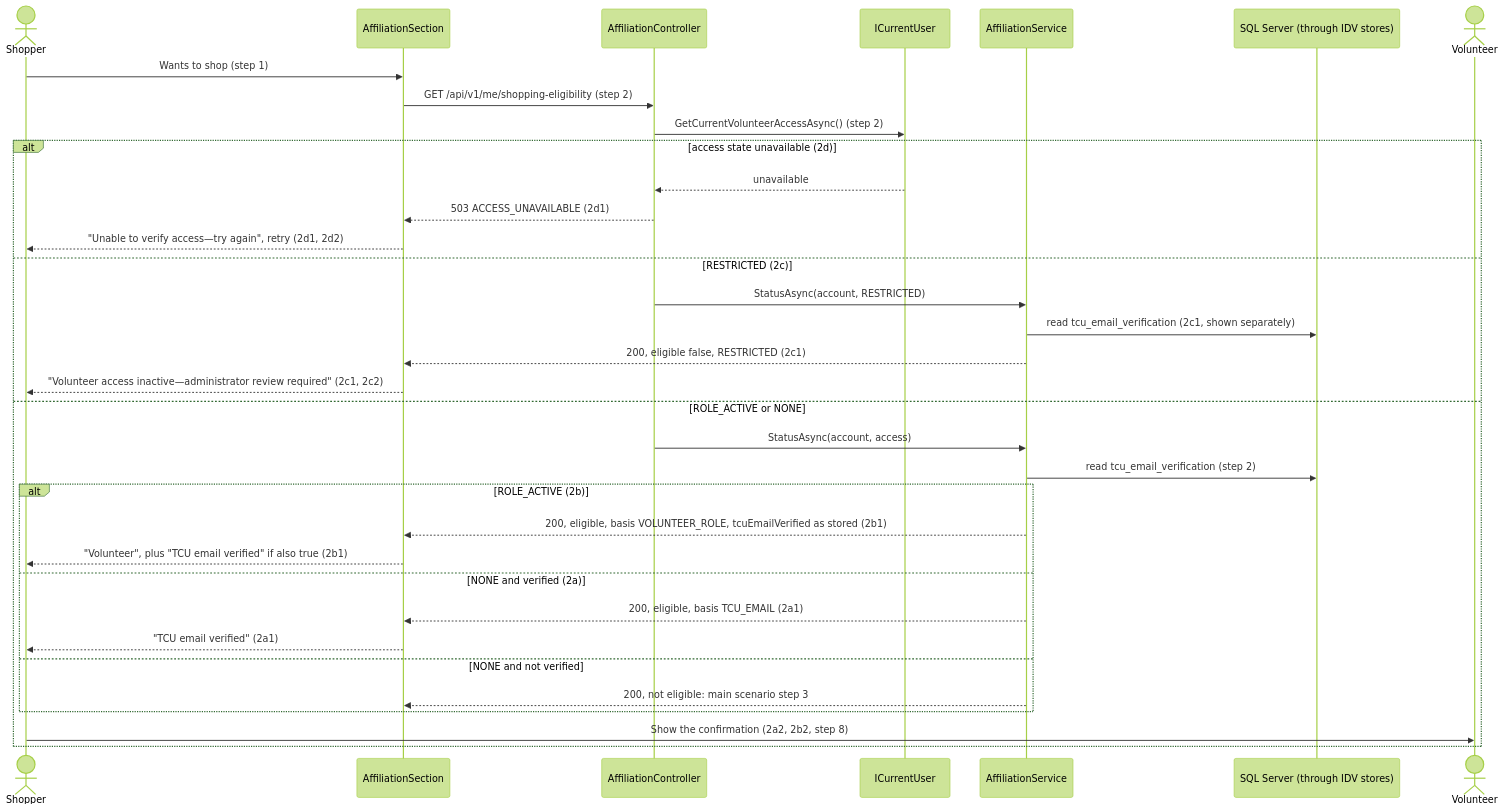
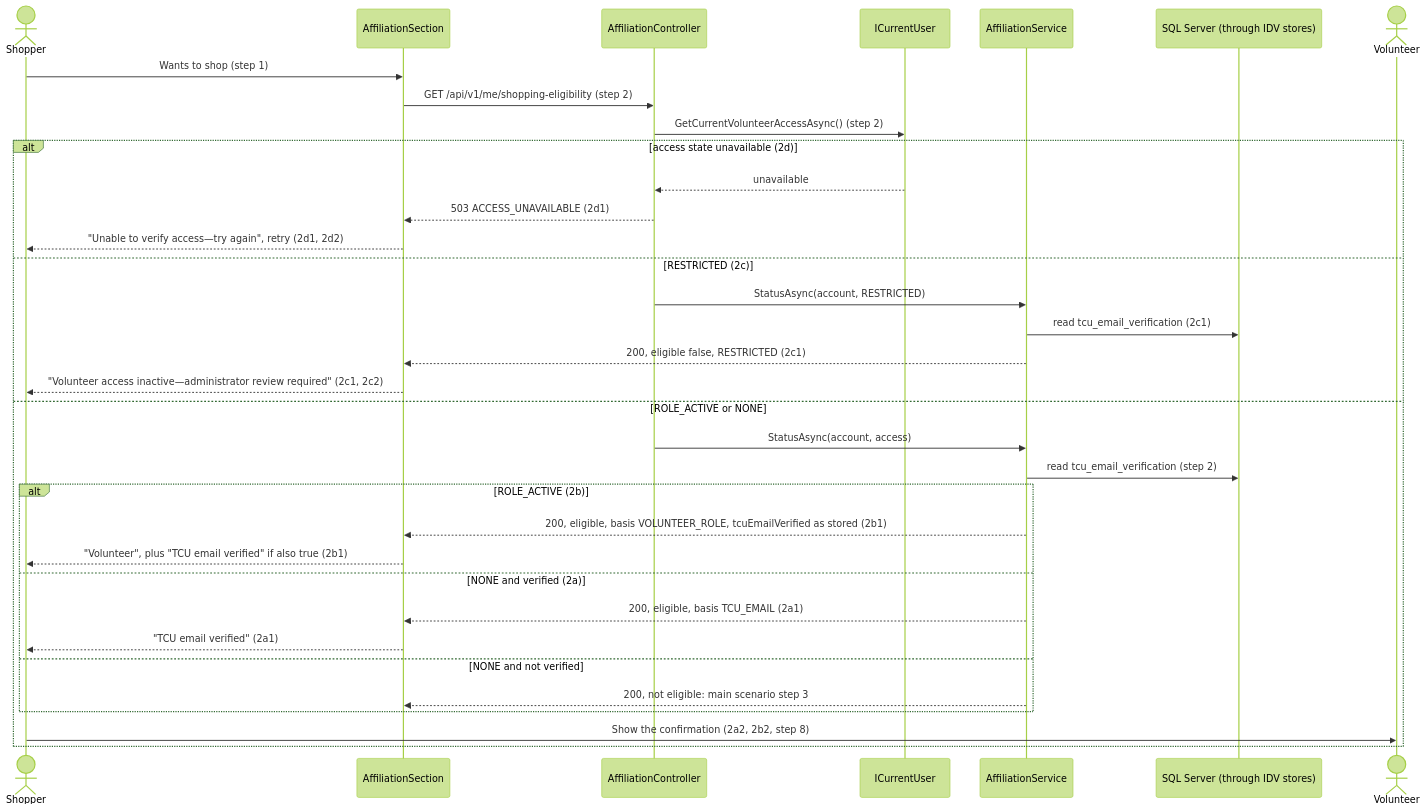
The third of 4 diagrams in docs/design/IDV.md (evelyntrann/cosc-40943-team-3-refrog), drawn with Mermaid (forest theme) before and after one commit. The commit also changed other lines of this file, not shown here.

First line of the commit message:
docs: settle IDV questions-test guesses for KD-tcu-it-stack (#60)

````diff
--- a/docs/design/IDV.md
+++ b/docs/design/IDV.md
@@ -172,36 +172,36 @@
 ```mermaid
 sequenceDiagram
     actor S as Shopper
     participant UI as AffiliationSection
     participant C as AffiliationController
     participant CU as ICurrentUser
     participant SV as AffiliationService
     participant DB as SQL Server (through IDV stores)
     actor V as Volunteer
     S->>UI: Wants to shop (step 1)
     UI->>C: GET /api/v1/me/shopping-eligibility (step 2)
     C->>CU: GetCurrentVolunteerAccessAsync() (step 2)
     alt access state unavailable (2d)
         CU-->>C: unavailable
         C-->>UI: 503 ACCESS_UNAVAILABLE (2d1)
         UI-->>S: "Unable to verify access—try again", retry (2d1, 2d2)
     else RESTRICTED (2c)
         C->>SV: StatusAsync(account, RESTRICTED)
-        SV->>DB: read tcu_email_verification (2c1, shown separately)
+        SV->>DB: read tcu_email_verification (2c1)
         SV-->>UI: 200, eligible false, RESTRICTED (2c1)
         UI-->>S: "Volunteer access inactive—administrator review required" (2c1, 2c2)
     else ROLE_ACTIVE or NONE
         C->>SV: StatusAsync(account, access)
         SV->>DB: read tcu_email_verification (step 2)
         alt ROLE_ACTIVE (2b)
             SV-->>UI: 200, eligible, basis VOLUNTEER_ROLE, tcuEmailVerified as stored (2b1)
             UI-->>S: "Volunteer", plus "TCU email verified" if also true (2b1)
         else NONE and verified (2a)
             SV-->>UI: 200, eligible, basis TCU_EMAIL (2a1)
             UI-->>S: "TCU email verified" (2a1)
         else NONE and not verified
             SV-->>UI: 200, not eligible: main scenario step 3
         end
         S->>V: Show the confirmation (2a2, 2b2, step 8)
     end
 ```
````
